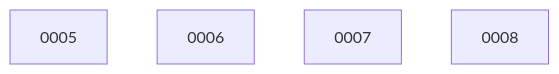
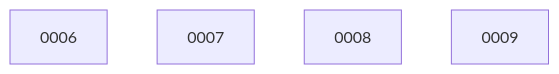
One commit to ethanhinson/codeindex changed the diagram in docs/changes/BOARD.md. Above: the diagram before and after it, drawn with Mermaid. The commit also changed other lines of this file, not shown here.

````diff
--- a/docs/changes/BOARD.md
+++ b/docs/changes/BOARD.md
@@ -19,7 +14,7 @@
 ```mermaid
 graph TD
-  0005
   0006
   0007
   0008
+  0009
 ```
````
